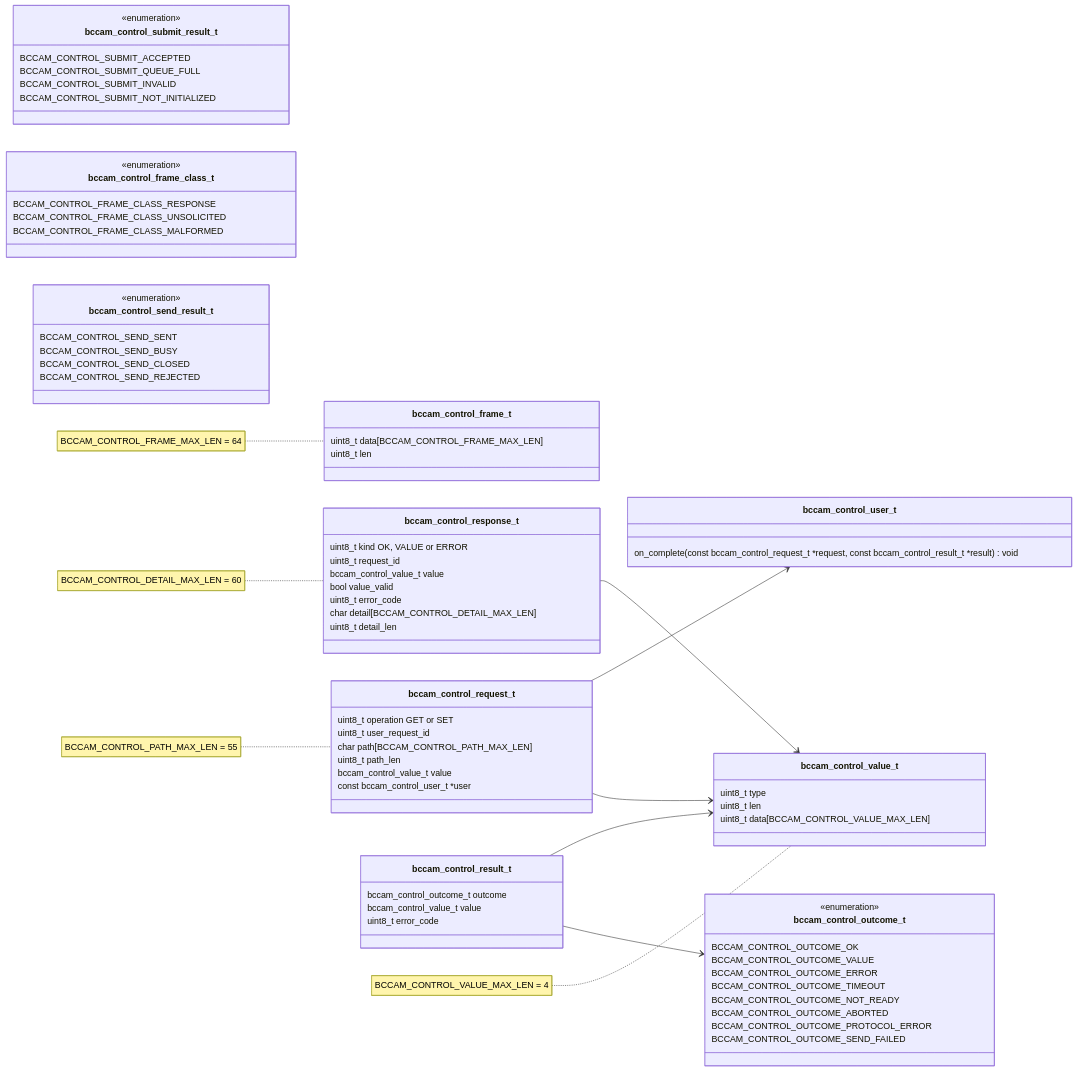
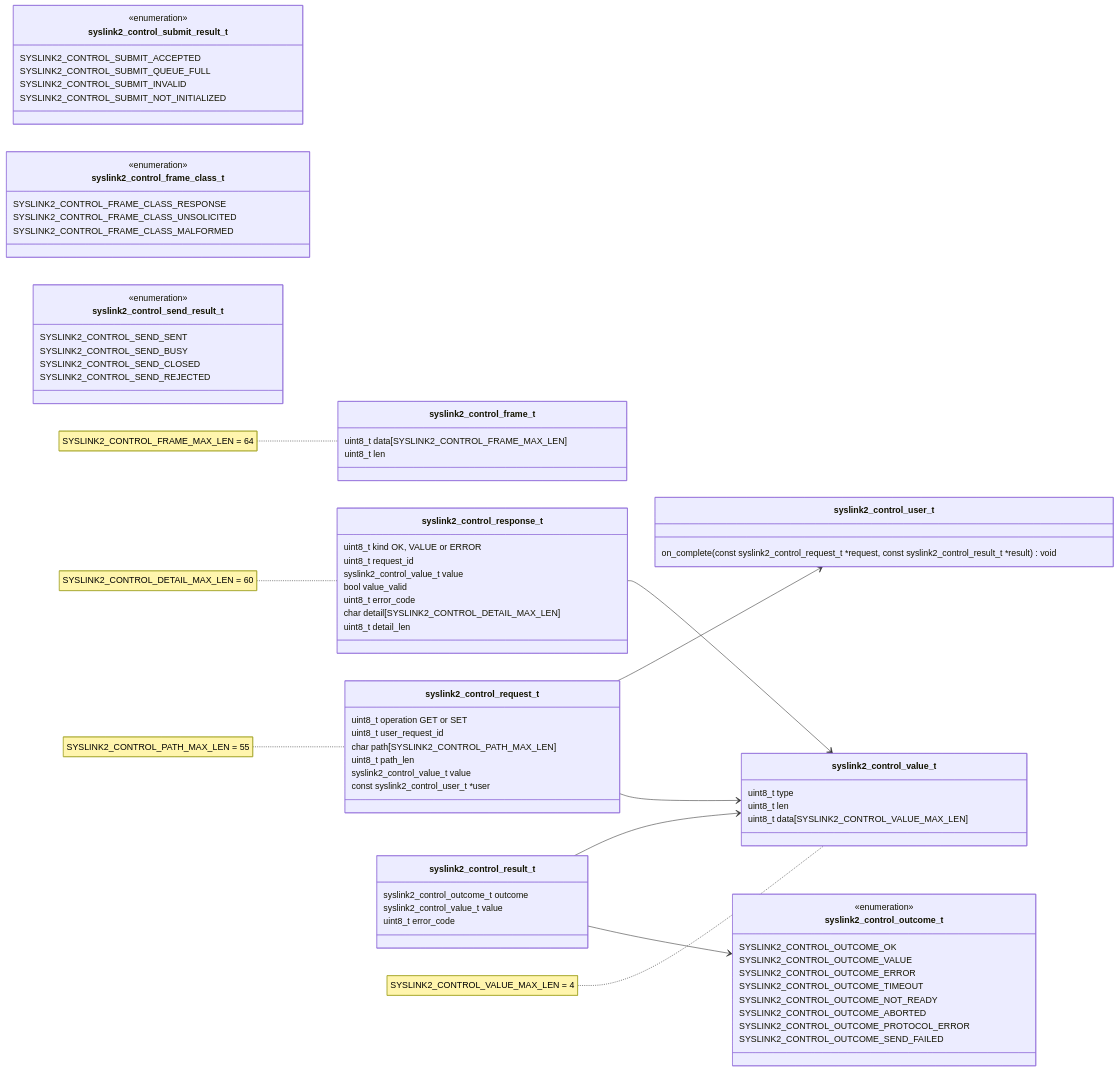
Before and after one commit to bitcraze/crazyflie-firmware: the second of 10 diagrams in docs/functional-areas/camera-deck-control.md, drawn with Mermaid. The commit also changed other lines of this file, not shown here.

Commit message:
docs: Renamed bccam_ to syslink2_

````diff
--- a/docs/functional-areas/camera-deck-control.md
+++ b/docs/functional-areas/camera-deck-control.md
@@ -253,88 +253,88 @@
 classDiagram
     direction LR
 
-    class bccam_control_frame_t {
-        uint8_t data[BCCAM_CONTROL_FRAME_MAX_LEN]
+    class syslink2_control_frame_t {
+        uint8_t data[SYSLINK2_CONTROL_FRAME_MAX_LEN]
         uint8_t len
     }
-    note for bccam_control_frame_t "BCCAM_CONTROL_FRAME_MAX_LEN = 64"
+    note for syslink2_control_frame_t "SYSLINK2_CONTROL_FRAME_MAX_LEN = 64"
 
-    class bccam_control_request_t {
+    class syslink2_control_request_t {
         uint8_t operation GET or SET
         uint8_t user_request_id
-        char path[BCCAM_CONTROL_PATH_MAX_LEN]
+        char path[SYSLINK2_CONTROL_PATH_MAX_LEN]
         uint8_t path_len
-        bccam_control_value_t value
-        const bccam_control_user_t *user
+        syslink2_control_value_t value
+        const syslink2_control_user_t *user
     }
-    note for bccam_control_request_t "BCCAM_CONTROL_PATH_MAX_LEN = 55"
+    note for syslink2_control_request_t "SYSLINK2_CONTROL_PATH_MAX_LEN = 55"
 
-    class bccam_control_response_t {
+    class syslink2_control_response_t {
         uint8_t kind OK, VALUE or ERROR
         uint8_t request_id
-        bccam_control_value_t value
+        syslink2_control_value_t value
         bool value_valid
         uint8_t error_code
-        char detail[BCCAM_CONTROL_DETAIL_MAX_LEN]
+        char detail[SYSLINK2_CONTROL_DETAIL_MAX_LEN]
         uint8_t detail_len
     }
-    note for bccam_control_response_t "BCCAM_CONTROL_DETAIL_MAX_LEN = 60"
+    note for syslink2_control_response_t "SYSLINK2_CONTROL_DETAIL_MAX_LEN = 60"
 
-    class bccam_control_user_t {
-        on_complete(const bccam_control_request_t *request, const bccam_control_result_t *result) void
+    class syslink2_control_user_t {
+        on_complete(const syslink2_control_request_t *request, const syslink2_control_result_t *result) void
     }
 
-    class bccam_control_result_t {
-        bccam_control_outcome_t outcome
-        bccam_control_value_t value
+    class syslink2_control_result_t {
+        syslink2_control_outcome_t outcome
+        syslink2_control_value_t value
         uint8_t error_code
     }
 
-    class bccam_control_outcome_t {
+    class syslink2_control_outcome_t {
         <<enumeration>>
-        BCCAM_CONTROL_OUTCOME_OK
-        BCCAM_CONTROL_OUTCOME_VALUE
-        BCCAM_CONTROL_OUTCOME_ERROR
-        BCCAM_CONTROL_OUTCOME_TIMEOUT
-        BCCAM_CONTROL_OUTCOME_NOT_READY
-        BCCAM_CONTROL_OUTCOME_ABORTED
-        BCCAM_CONTROL_OUTCOME_PROTOCOL_ERROR
-        BCCAM_CONTROL_OUTCOME_SEND_FAILED
+        SYSLINK2_CONTROL_OUTCOME_OK
+        SYSLINK2_CONTROL_OUTCOME_VALUE
+        SYSLINK2_CONTROL_OUTCOME_ERROR
+        SYSLINK2_CONTROL_OUTCOME_TIMEOUT
+        SYSLINK2_CONTROL_OUTCOME_NOT_READY
+        SYSLINK2_CONTROL_OUTCOME_ABORTED
+        SYSLINK2_CONTROL_OUTCOME_PROTOCOL_ERROR
+        SYSLINK2_CONTROL_OUTCOME_SEND_FAILED
     }
 
-    class bccam_control_submit_result_t {
+    class syslink2_control_submit_result_t {
         <<enumeration>>
-        BCCAM_CONTROL_SUBMIT_ACCEPTED
-        BCCAM_CONTROL_SUBMIT_QUEUE_FULL
-        BCCAM_CONTROL_SUBMIT_INVALID
-        BCCAM_CONTROL_SUBMIT_NOT_INITIALIZED
+        SYSLINK2_CONTROL_SUBMIT_ACCEPTED
+        SYSLINK2_CONTROL_SUBMIT_QUEUE_FULL
+        SYSLINK2_CONTROL_SUBMIT_INVALID
+        SYSLINK2_CONTROL_SUBMIT_NOT_INITIALIZED
     }
 
-    class bccam_control_value_t {
+    class syslink2_control_value_t {
         uint8_t type
         uint8_t len
-        uint8_t data[BCCAM_CONTROL_VALUE_MAX_LEN]
+        uint8_t data[SYSLINK2_CONTROL_VALUE_MAX_LEN]
     }
-    note for bccam_control_value_t "BCCAM_CONTROL_VALUE_MAX_LEN = 4"
+    note for syslink2_control_value_t "SYSLINK2_CONTROL_VALUE_MAX_LEN = 4"
 
-    class bccam_control_frame_class_t {
+    class syslink2_control_frame_class_t {
         <<enumeration>>
-        BCCAM_CONTROL_FRAME_CLASS_RESPONSE
-        BCCAM_CONTROL_FRAME_CLASS_UNSOLICITED
-        BCCAM_CONTROL_FRAME_CLASS_MALFORMED
+        SYSLINK2_CONTROL_FRAME_CLASS_RESPONSE
+        SYSLINK2_CONTROL_FRAME_CLASS_UNSOLICITED
+        SYSLINK2_CONTROL_FRAME_CLASS_MALFORMED
     }
 
-    class bccam_control_send_result_t {
+    class syslink2_control_send_result_t {
         <<enumeration>>
-        BCCAM_CONTROL_SEND_SENT
-        BCCAM_CONTROL_SEND_BUSY
-        BCCAM_CONTROL_SEND_CLOSED
-        BCCAM_CONTROL_SEND_REJECTED
+        SYSLINK2_CONTROL_SEND_SENT
+        SYSLINK2_CONTROL_SEND_BUSY
+        SYSLINK2_CONTROL_SEND_CLOSED
+        SYSLINK2_CONTROL_SEND_REJECTED
     }
 
-    bccam_control_result_t --> bccam_control_outcome_t
-    bccam_control_request_t --> bccam_control_value_t
-    bccam_control_request_t --> bccam_control_user_t
-    bccam_control_result_t --> bccam_control_value_t
-    bccam_control_response_t --> bccam_control_value_t
+    syslink2_control_result_t --> syslink2_control_outcome_t
+    syslink2_control_request_t --> syslink2_control_value_t
+    syslink2_control_request_t --> syslink2_control_user_t
+    syslink2_control_result_t --> syslink2_control_value_t
+    syslink2_control_response_t --> syslink2_control_value_t
 ```
````
